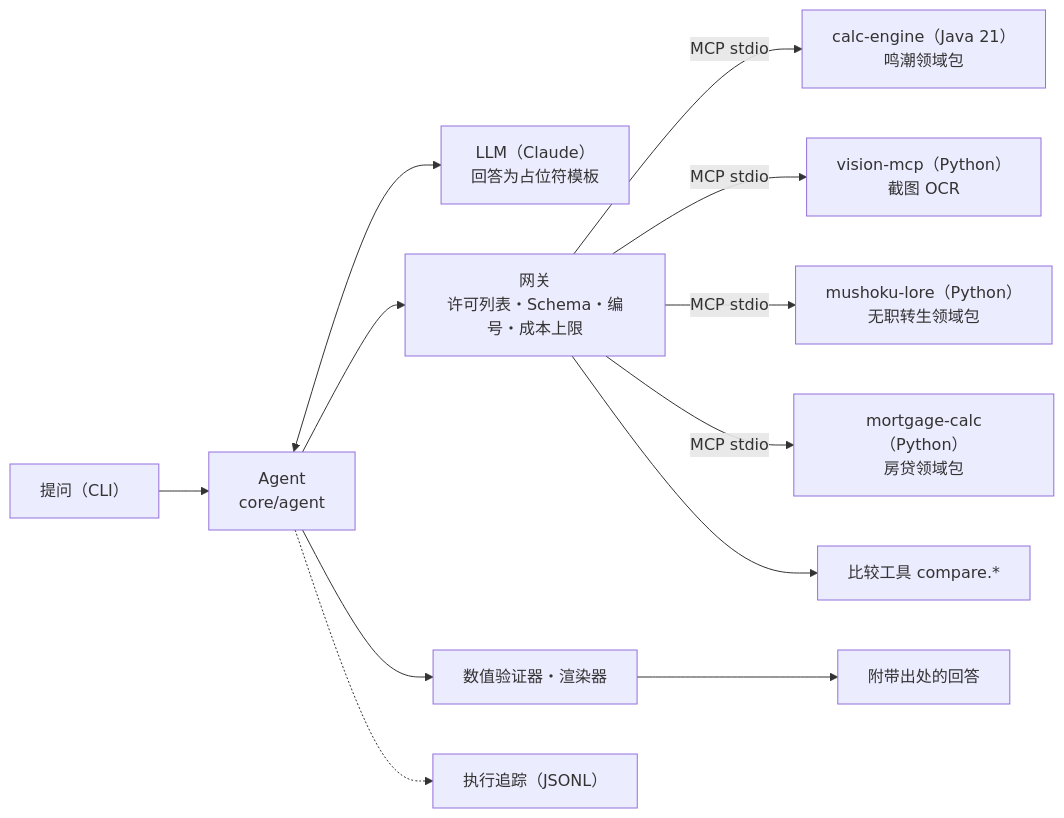
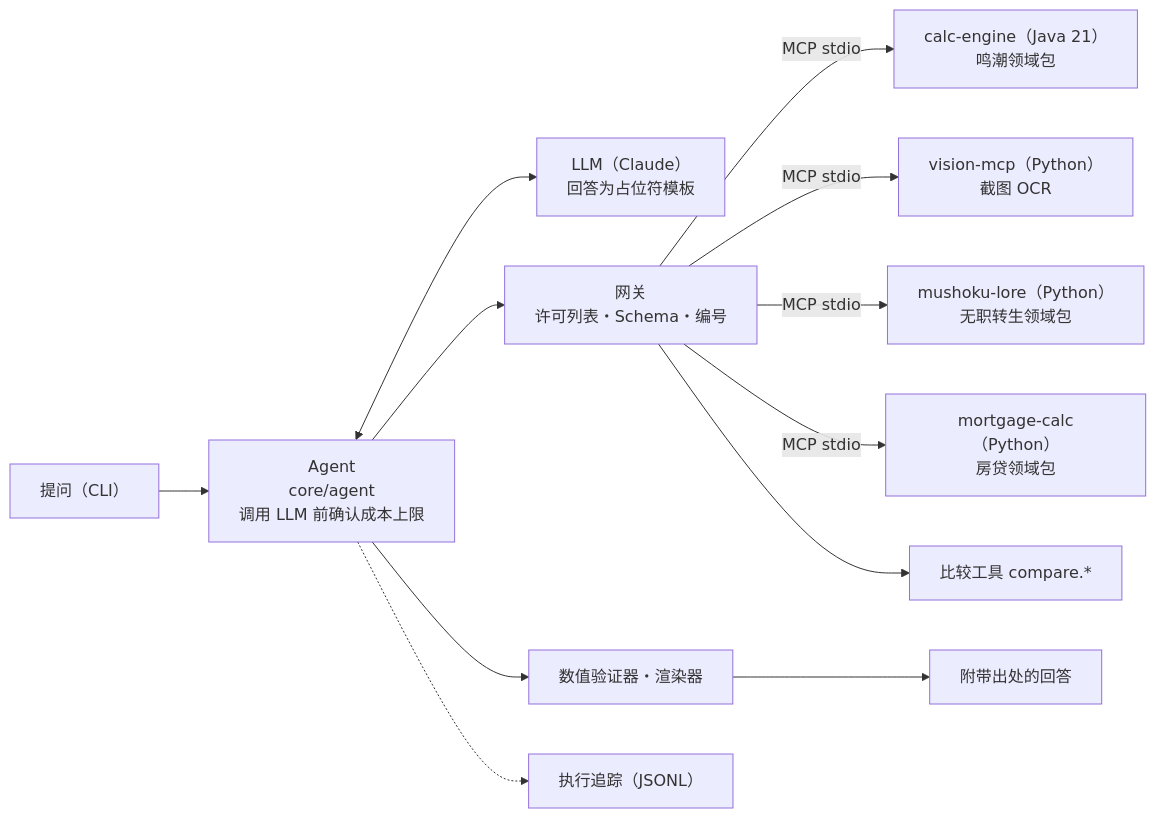
One commit to hexinlong9981/echolab changed the diagram in README.zh-CN.md. Above: the diagram before and after it, drawn with Mermaid. The commit also changed other lines of this file and 2 other files, not shown here.

Commit message:
docs: README のコストの上限を、ゲートウェイではなく Agent が LLM を呼ぶ前に確かめるものとして書き直す（日本語・英語・中国語）

````diff
--- a/README.zh-CN.md
+++ b/README.zh-CN.md
@@ -44,14 +44,14 @@
 ```mermaid
 flowchart LR
-  Q["提问（CLI）"] --> A["Agent<br/>core/agent"]
+  Q["提问（CLI）"] --> A["Agent<br/>core/agent<br/>调用 LLM 前确认成本上限"]
   A <--> L["LLM（Claude）<br/>回答为占位符模板"]
-  A --> G["网关<br/>许可列表・Schema・编号・成本上限"]
+  A --> G["网关<br/>许可列表・Schema・编号"]
   G -->|MCP stdio| J["calc-engine（Java 21）<br/>鸣潮领域包"]
   G -->|MCP stdio| O["vision-mcp（Python）<br/>截图 OCR"]
   G -->|MCP stdio| N["mushoku-lore（Python）<br/>无职转生领域包"]
   G -->|MCP stdio| M["mortgage-calc（Python）<br/>房贷领域包"]
   G --> K["比较工具 compare.*"]
   A --> V["数值验证器・渲染器"]
   V --> R["附带出处的回答"]
   A -.-> T["执行追踪（JSONL）"]
 ```
````
